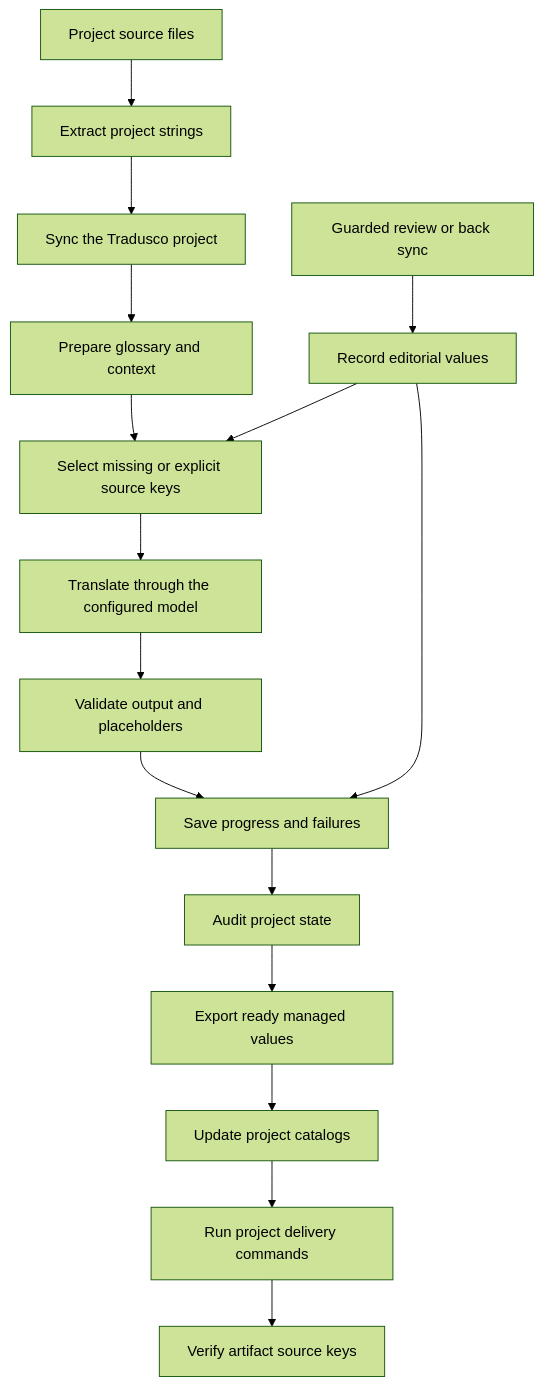
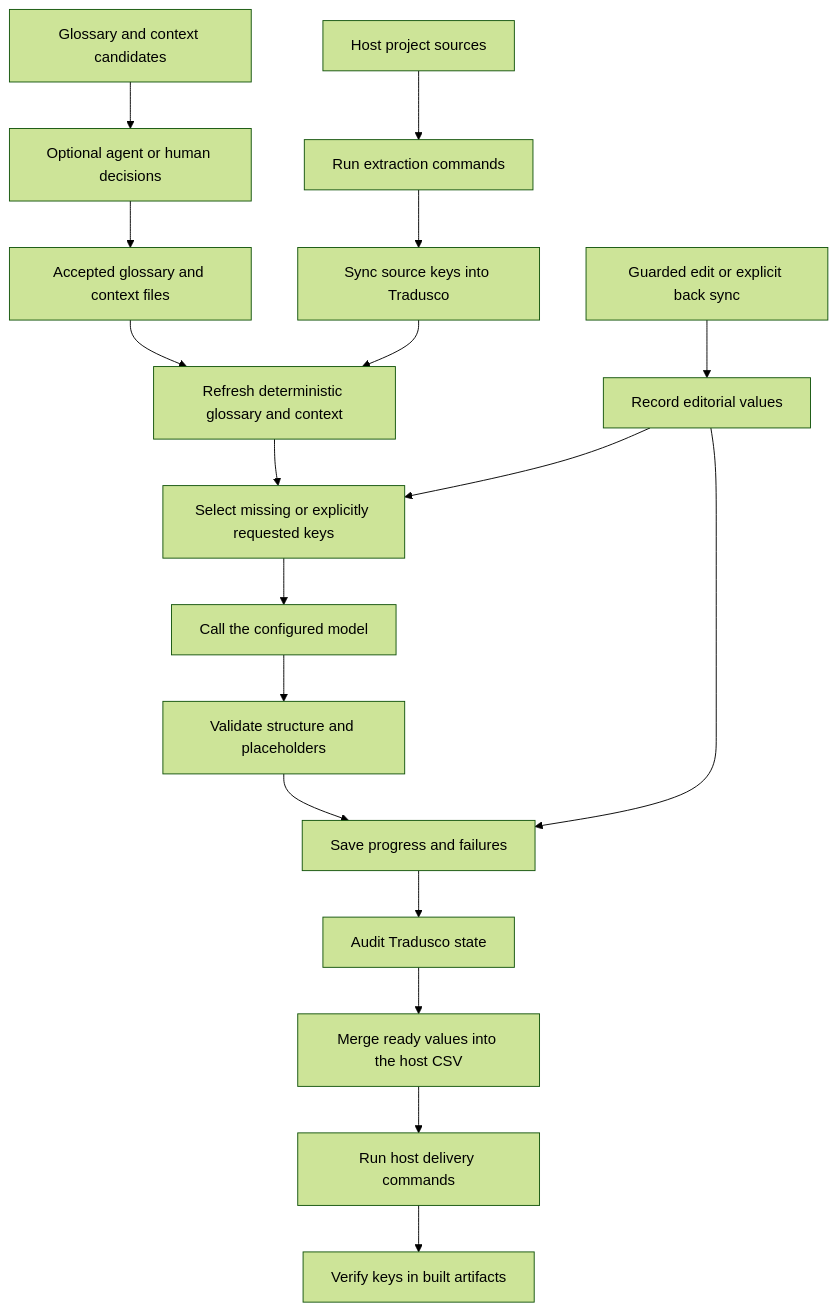
The diagram in INTEGRATION_GUIDE.md (mderk/tradusco), drawn with Mermaid (forest theme) before and after one commit. The commit also changed other lines of this file and 2 other files, not shown here.

````diff
--- a/INTEGRATION_GUIDE.md
+++ b/INTEGRATION_GUIDE.md
@@ -185,19 +14,20 @@
 ```mermaid
 flowchart TD
-    Source[Project source files] --> Extract[Extract project strings]
-    Extract --> Sync[Sync the Tradusco project]
-    Sync --> Prepare[Prepare glossary and context]
-    Prepare --> Select[Select missing or explicit source keys]
-    Select --> Translate[Translate through the configured model]
-    Translate --> Validate[Validate output and placeholders]
+    Candidates[Glossary and context candidates] --> Decisions[Optional agent or human decisions]
+    Decisions --> Accepted[Accepted glossary and context files]
+    Project[Host project sources] --> Extract[Run extraction commands]
+    Extract --> Sync[Sync source keys into Tradusco]
+    Accepted --> Prepare[Refresh deterministic glossary and context]
+    Sync --> Prepare
+    Prepare --> Select[Select missing or explicitly requested keys]
+    Select --> Model[Call the configured model]
+    Model --> Validate[Validate structure and placeholders]
     Validate --> Persist[Save progress and failures]
-    Persist --> Audit[Audit project state]
-    Audit --> Export[Export ready managed values]
-    Export --> Catalog[Update project catalogs]
-    Catalog --> Build[Run project delivery commands]
-    Build --> Verify[Verify artifact source keys]
-
-    Review[Guarded review or back sync] --> Editorial[Record editorial values]
+    Persist --> Audit[Audit Tradusco state]
+    Audit --> Export[Merge ready values into the host CSV]
+    Export --> Deliver[Run host delivery commands]
+    Deliver --> Verify[Verify keys in built artifacts]
+    Review[Guarded edit or explicit back sync] --> Editorial[Record editorial values]
     Editorial --> Persist
     Editorial --> Select
 ```
````
